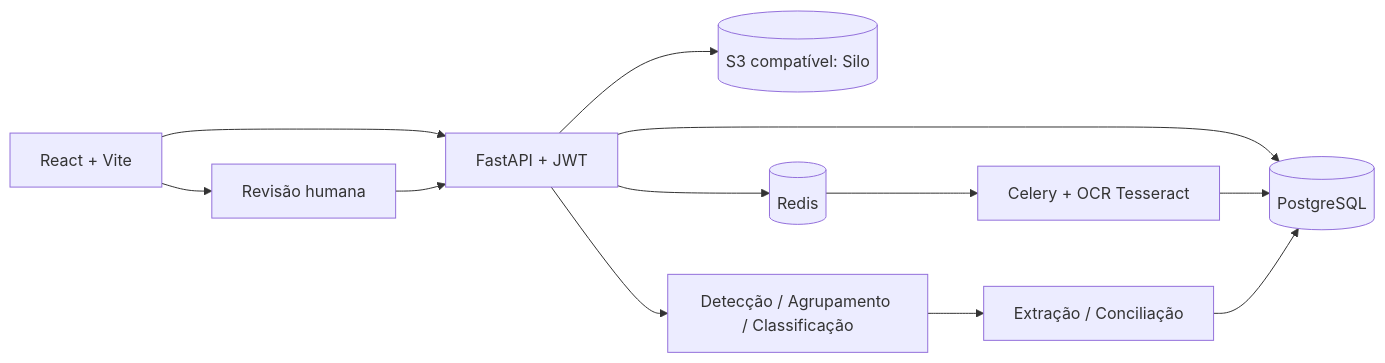
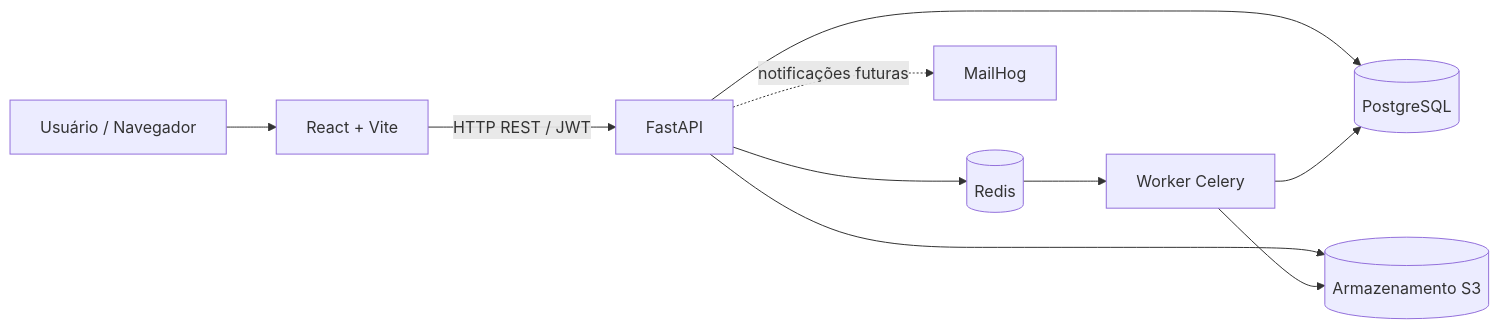
The diagram in README.md (ConciliaAI/ConciliaAI), drawn with Mermaid before and after one commit. The commit also changed other lines of this file, not shown here.

````diff
--- a/README.md
+++ b/README.md
@@ -67,14 +65,12 @@
 ```mermaid
 flowchart LR
-  UI[React + Vite] --> API[FastAPI + JWT]
-  API --> DB[(PostgreSQL)]
-  API --> STORAGE[(S3 compatível: Silo)]
-  API --> REDIS[(Redis)]
-  REDIS --> WORKER[Celery + OCR Tesseract]
-  WORKER --> DB
-  API --> SEG[Detecção / Agrupamento / Classificação]
-  SEG --> RULES[Extração / Conciliação]
-  RULES --> DB
-  UI --> REV[Revisão humana]
-  REV --> API
+    U[Usuário / Navegador] --> FE[React + Vite]
+    FE -->|HTTP REST / JWT| API[FastAPI]
+    API --> PG[(PostgreSQL)]
+    API --> S3[(Armazenamento S3)]
+    API --> REDIS[(Redis)]
+    REDIS --> CELERY[Worker Celery]
+    CELERY --> S3
+    CELERY --> PG
+    API -. notificações futuras .-> MAIL[MailHog]
 ```
````
